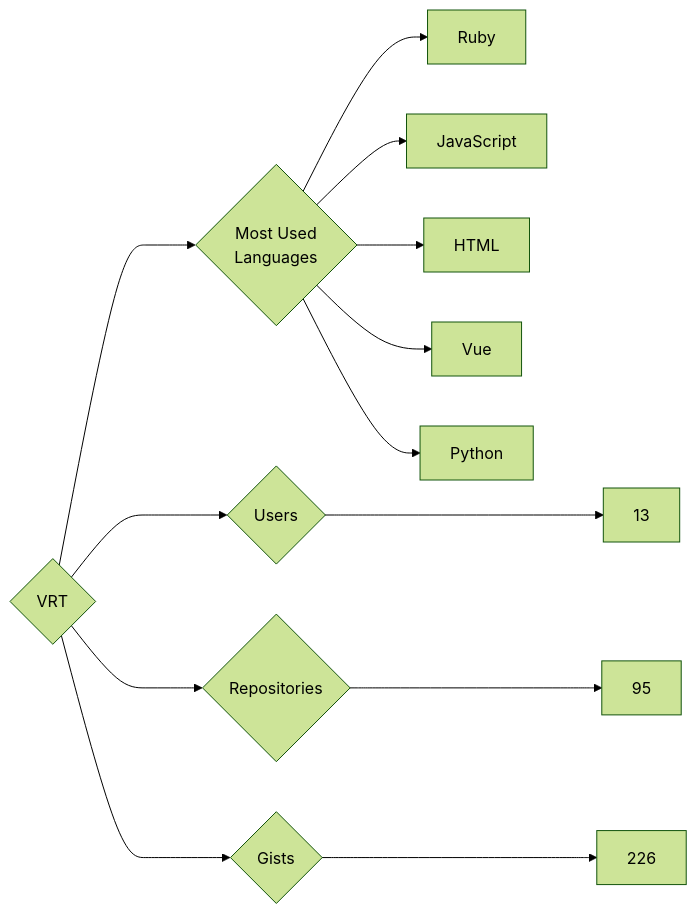
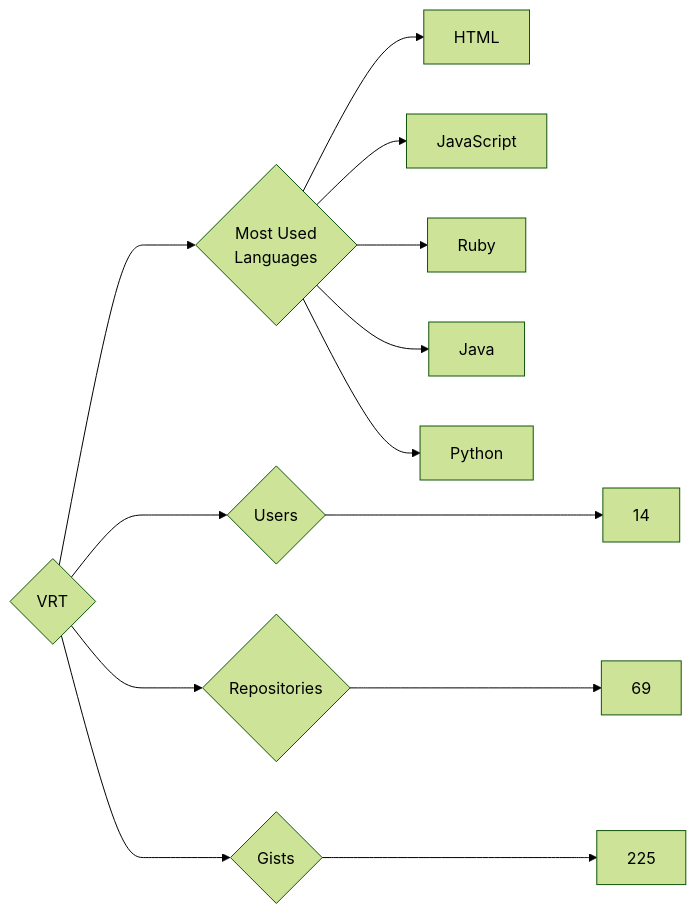
Before and after one commit to trickest/insiders: the diagram in targets/VRT/README.md, drawn with Mermaid (forest theme). The commit also changed 829 other files, not shown here.

````diff
--- a/targets/VRT/README.md
+++ b/targets/VRT/README.md
@@ -3,13 +3,13 @@
 ```mermaid
 graph LR
 COMPANY_NAME{VRT}
-COMPANY_NAME ---> U{Users} ---> UN[13]
-COMPANY_NAME ---> R{Repositories} ---> RN[95]
-COMPANY_NAME ---> G{Gists} ---> GN[226]
+COMPANY_NAME ---> U{Users} ---> UN[14]
+COMPANY_NAME ---> R{Repositories} ---> RN[69]
+COMPANY_NAME ---> G{Gists} ---> GN[225]
 COMPANY_NAME ---> ML{Most Used<br>Languages}
+ML --> HTML[HTML]
+ML --> JavaScript[JavaScript]
 ML --> Ruby[Ruby]
-ML --> JavaScript[JavaScript]
-ML --> HTML[HTML]
-ML --> Vue[Vue]
+ML --> Java[Java]
 ML --> Python[Python]
 ```
````
